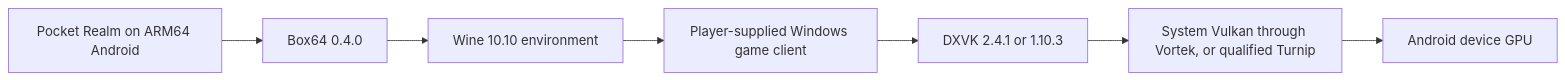
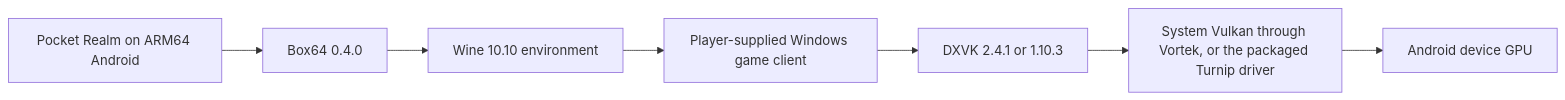
One commit to puzzled-pancake/pocket-realm changed the first of 2 diagrams in docs/wiki/Projects-and-Technologies.md. Above: the diagram before and after it, drawn with Mermaid. The commit also changed other lines of this file and 772 other files, not shown here.

````diff
--- a/docs/wiki/Projects-and-Technologies.md
+++ b/docs/wiki/Projects-and-Technologies.md
@@ -46,9 +46,9 @@
 ```mermaid
 flowchart LR
     Android["Pocket Realm on ARM64 Android"] --> Box64["Box64 0.4.0"]
     Box64 --> Wine["Wine 10.10 environment"]
     Wine --> Game["Player-supplied Windows game client"]
     Game --> DXVK["DXVK 2.4.1 or 1.10.3"]
-    DXVK --> Driver["System Vulkan through Vortek, or qualified Turnip"]
+    DXVK --> Driver["System Vulkan through Vortek, or the packaged Turnip driver"]
     Driver --> GPU["Android device GPU"]
 ```
````
